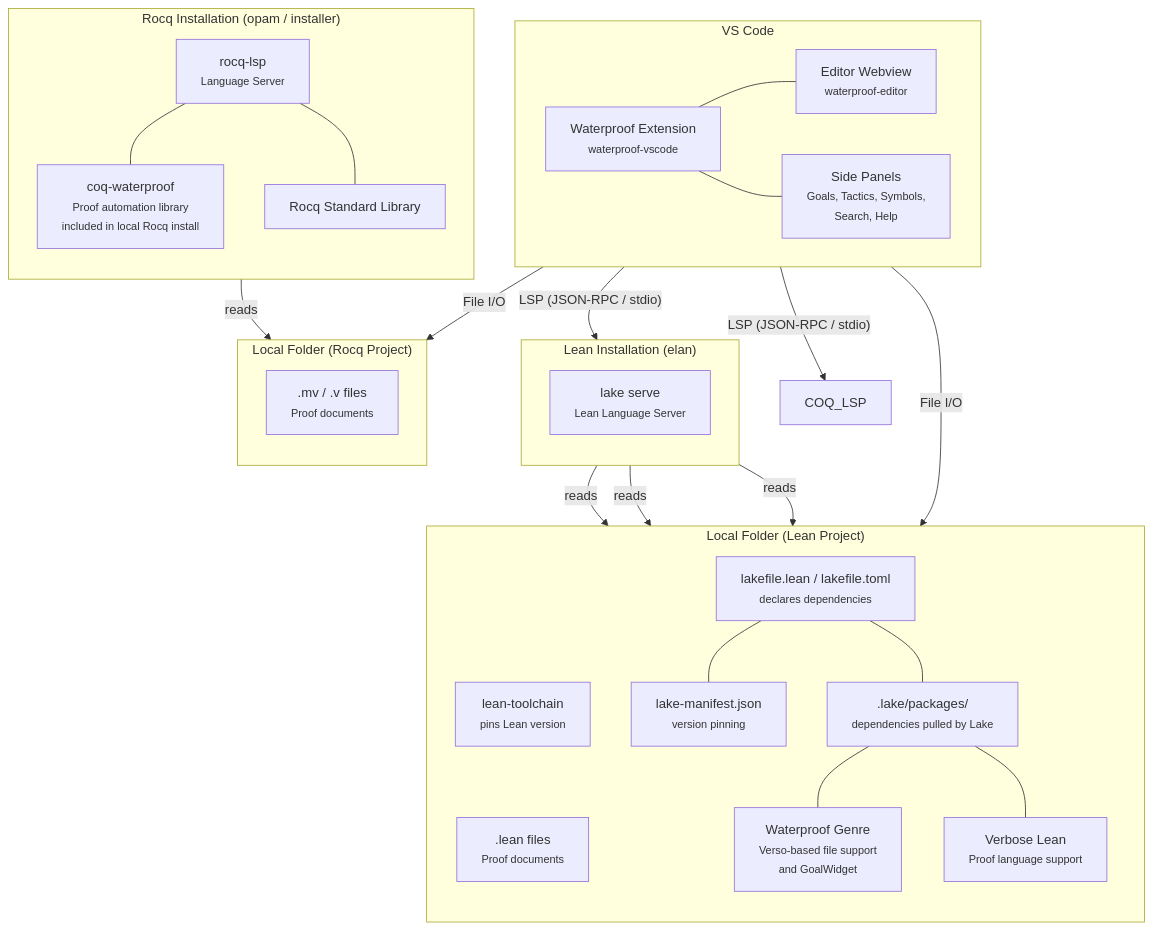
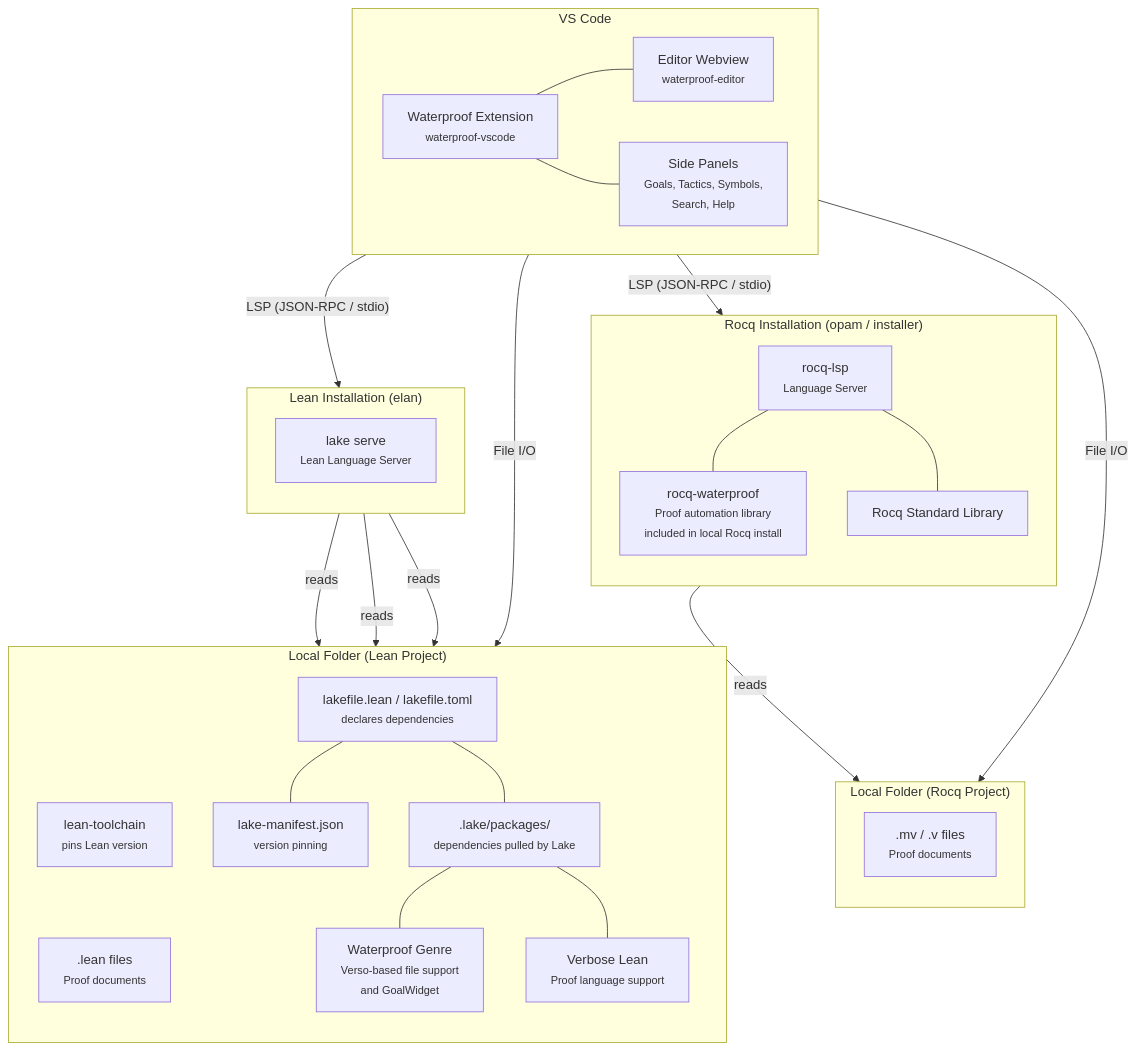
One commit to impermeable/waterproof-vscode changed the second of 2 diagrams in developer-resources/architecture.md. Above: the diagram before and after it, drawn with Mermaid. The commit also changed other lines of this file, not shown here.

````diff
--- a/developer-resources/architecture.md
+++ b/developer-resources/architecture.md
@@ -94,64 +93,64 @@
 ```mermaid
 graph TB
     subgraph "VS Code"
         direction LR
         WP_EXT["Waterproof Extension<br/><small>waterproof-vscode</small>"]
         EDITOR_WV["Editor Webview<br/><small>waterproof-editor</small>"]
         SIDE_PANELS["Side Panels<br/><small>Goals, Tactics, Symbols,<br/>Search, Help</small>"]
 
         WP_EXT --- EDITOR_WV
         WP_EXT --- SIDE_PANELS
     end
 
     subgraph "Rocq Installation (opam / installer)"
         direction TB
         ROCQ_LSP["rocq-lsp<br/><small>Language Server</small>"]
-        COQ_WP["coq-waterproof<br/><small>Proof automation library<br/>included in local Rocq install</small>"]
-        COQ_STDLIB["Rocq Standard Library"]
+        ROCQ_WP["rocq-waterproof<br/><small>Proof automation library<br/>included in local Rocq install</small>"]
+        ROCQ_STDLIB["Rocq Standard Library"]
 
-        ROCQ_LSP --- COQ_WP
-        ROCQ_LSP --- COQ_STDLIB
+        ROCQ_LSP --- ROCQ_WP
+        ROCQ_LSP --- ROCQ_STDLIB
     end
 
     subgraph "Lean Installation (elan)"
         direction TB
         LEAN_LSP["lake serve<br/><small>Lean Language Server</small>"]
     end
 
     subgraph "Local Folder (Rocq Project)"
         direction TB
         MV_FILES[".mv / .v files<br/><small>Proof documents</small>"]
     end
 
     subgraph "Local Folder (Lean Project)"
         direction TB
         LEAN_FILES[".lean files<br/><small>Proof documents</small>"]
         LAKE_CFG["lakefile.lean / lakefile.toml<br/><small>declares dependencies</small>"]
         LAKE_MANIFEST["lake-manifest.json<br/><small>version pinning</small>"]
         LAKE_PKGS[".lake/packages/<br/><small>dependencies pulled by Lake</small>"]
         WP_GENRE["Waterproof Genre<br/><small>Verso-based file support<br/>and GoalWidget</small>"]
         VERBOSE_LEAN["Verbose Lean<br/><small>Proof language support</small>"]
 
         LEAN_TOOLCHAIN["lean-toolchain<br/><small>pins Lean version</small>"]
 
         LAKE_CFG --- LAKE_PKGS
         LAKE_CFG --- LAKE_MANIFEST
         LAKE_PKGS --- WP_GENRE
         LAKE_PKGS --- VERBOSE_LEAN
     end
 
-    WP_EXT -- "LSP (JSON-RPC / stdio)" --> COQ_LSP
+    WP_EXT -- "LSP (JSON-RPC / stdio)" --> ROCQ_LSP
     WP_EXT -- "LSP (JSON-RPC / stdio)" --> LEAN_LSP
     ROCQ_LSP -- "reads" --> MV_FILES
     LEAN_LSP -- "reads" --> LEAN_FILES
     LEAN_LSP -- "reads" --> LAKE_CFG
     LEAN_LSP -- "reads" --> LEAN_TOOLCHAIN
     WP_EXT -- "File I/O" --> MV_FILES
     WP_EXT -- "File I/O" --> LEAN_FILES
 
     %% Force vertical layout: VS Code above installations, installations above local folders
-    EDITOR_WV ~~~ COQ_LSP
+    EDITOR_WV ~~~ ROCQ_LSP
     SIDE_PANELS ~~~ LEAN_LSP
-    COQ_WP ~~~ MV_FILES
+    ROCQ_WP ~~~ MV_FILES
     LEAN_TOOLCHAIN ~~~ LEAN_FILES
 ```
````
